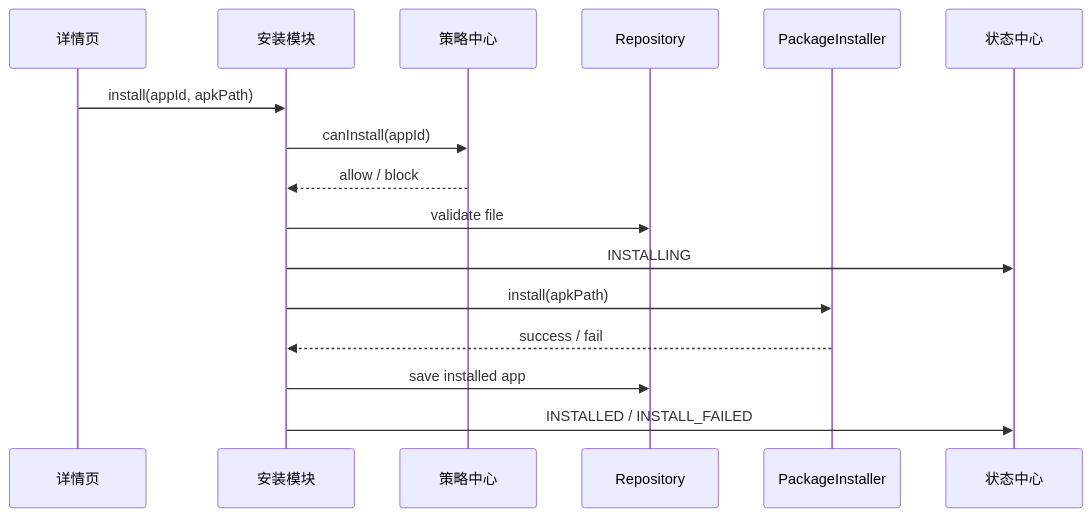
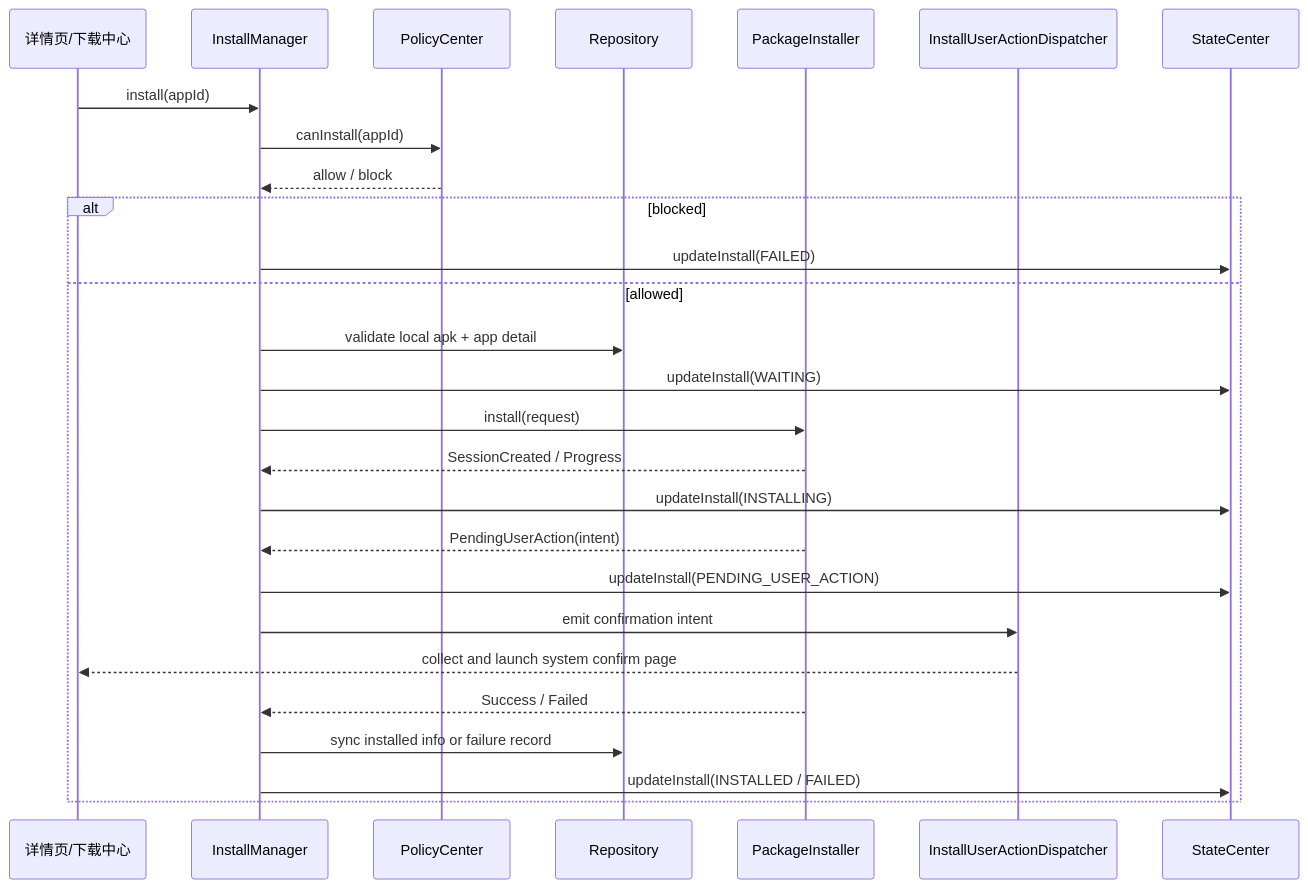
Before and after one commit to XZQ/CarAppStore: the third of 6 diagrams in docs/05-核心时序图.md, drawn with Mermaid. The commit also changed other lines of this file and 35 other files, not shown here.

Commit message:
docs: reorganize architecture docs and handoff guide

````diff
--- a/docs/05-核心时序图.md
+++ b/docs/05-核心时序图.md
@@ -50,19 +54,30 @@
 ```mermaid
 sequenceDiagram
-participant UI as 详情页
-participant IM as 安装模块
-participant Policy as 策略中心
+participant UI as 详情页/下载中心
+participant IM as InstallManager
+participant Policy as PolicyCenter
 participant Repo as Repository
 participant Installer as PackageInstaller
-participant State as 状态中心
+participant Dispatcher as InstallUserActionDispatcher
+participant State as StateCenter
 
-UI->>IM: install(appId, apkPath)
+UI->>IM: install(appId)
 IM->>Policy: canInstall(appId)
 Policy-->>IM: allow / block
-IM->>Repo: validate file
-IM->>State: INSTALLING
-IM->>Installer: install(apkPath)
-Installer-->>IM: success / fail
-IM->>Repo: save installed app
-IM->>State: INSTALLED / INSTALL_FAILED
+alt blocked
+  IM->>State: updateInstall(FAILED)
+else allowed
+  IM->>Repo: validate local apk + app detail
+  IM->>State: updateInstall(WAITING)
+  IM->>Installer: install(request)
+  Installer-->>IM: SessionCreated / Progress
+  IM->>State: updateInstall(INSTALLING)
+  Installer-->>IM: PendingUserAction(intent)
+  IM->>State: updateInstall(PENDING_USER_ACTION)
+  IM->>Dispatcher: emit confirmation intent
+  Dispatcher-->>UI: collect and launch system confirm page
+  Installer-->>IM: Success / Failed
+  IM->>Repo: sync installed info or failure record
+  IM->>State: updateInstall(INSTALLED / FAILED)
+end
 ```
````
